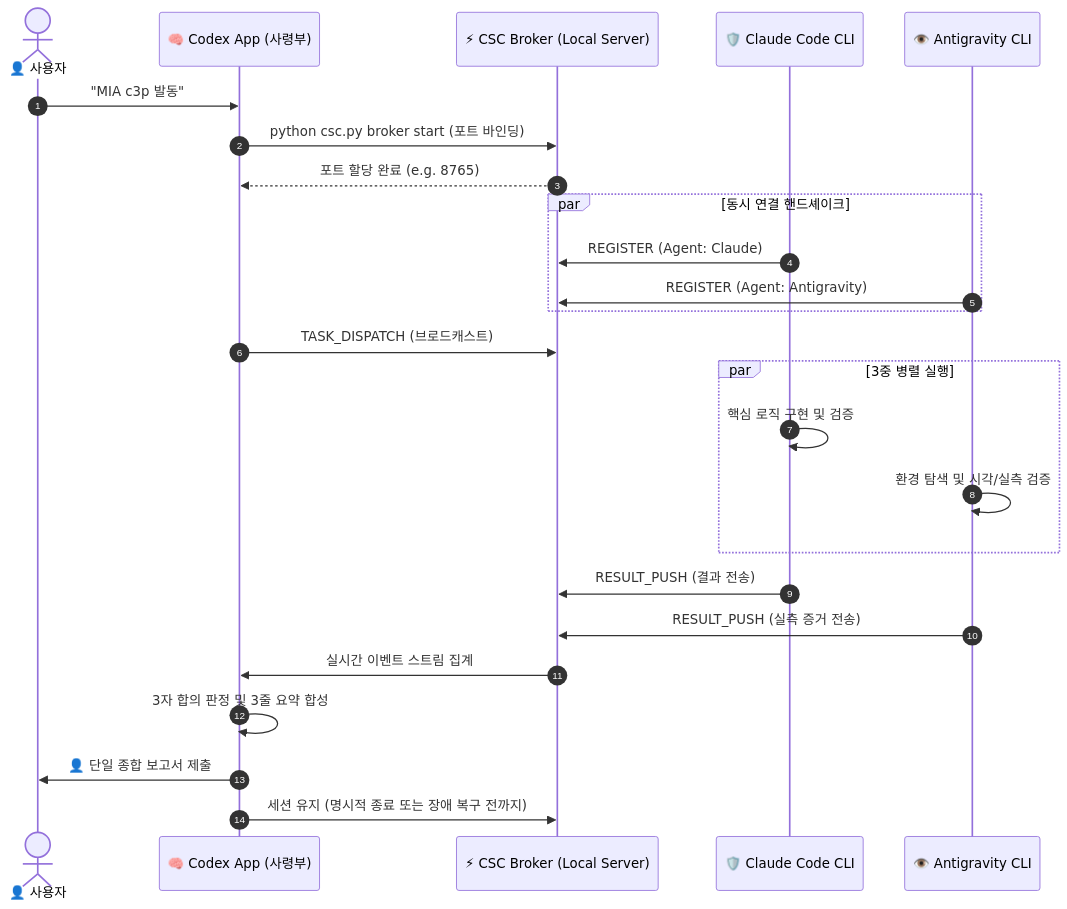
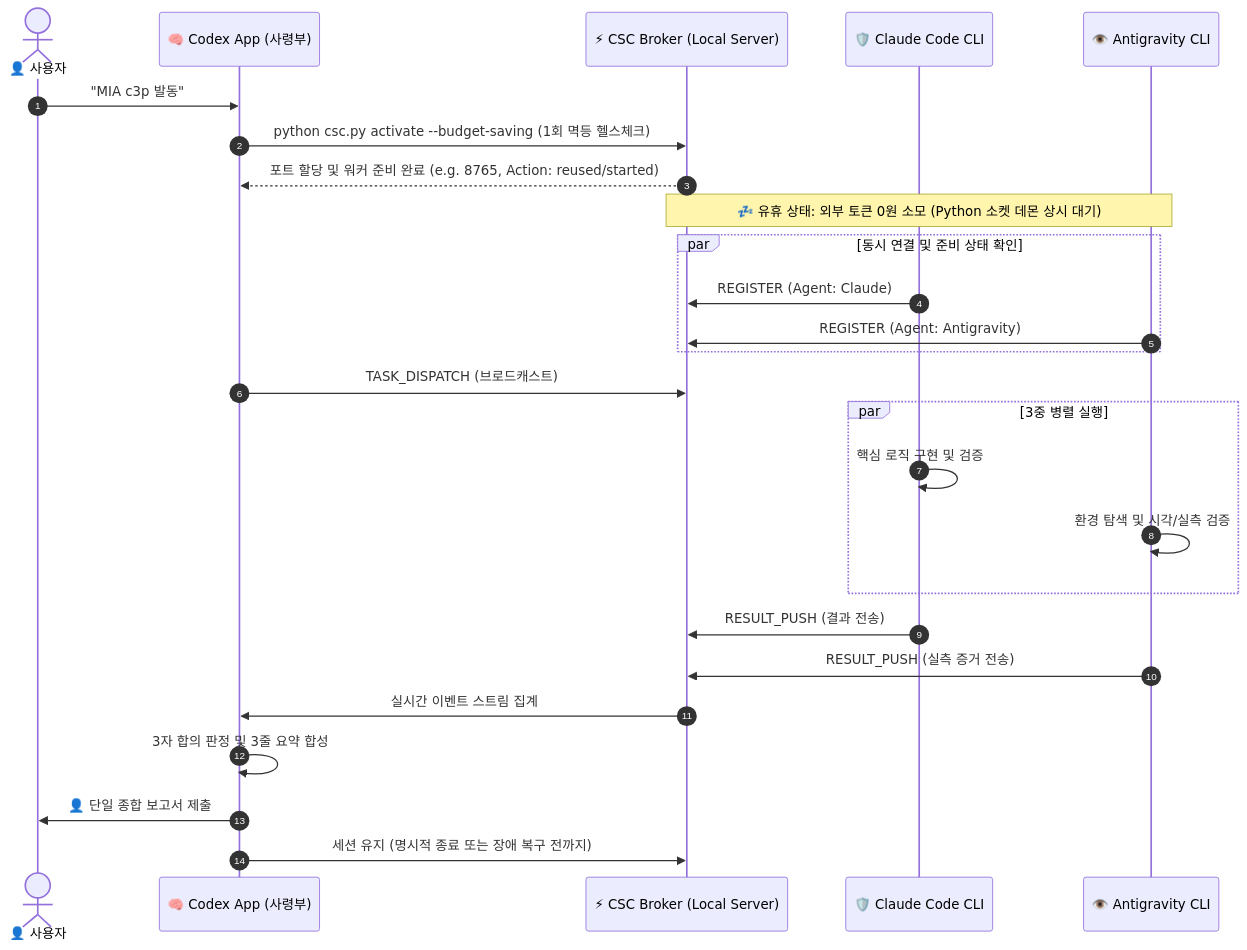
The diagram in .agents/skills/codex-3p-orchestrator/SKILL.md (gyeomsVibe/260823_codex-3p-orchestrator), drawn with Mermaid before and after one commit. The commit also changed other lines of this file and 9 other files, not shown here.

````diff
--- a/.agents/skills/codex-3p-orchestrator/SKILL.md
+++ b/.agents/skills/codex-3p-orchestrator/SKILL.md
@@ -47,32 +47,34 @@
 ```mermaid
 sequenceDiagram
     autonumber
     actor User as 👤 사용자
     participant Codex as 🧠 Codex App (사령부)
     participant Broker as ⚡ CSC Broker (Local Server)
     participant Claude as 🛡️ Claude Code CLI
     participant AGY as 👁️ Antigravity CLI
 
     User->>Codex: "MIA c3p 발동"
-    Codex->>Broker: python csc.py broker start (포트 바인딩)
-    Broker-->>Codex: 포트 할당 완료 (e.g. 8765)
+    Codex->>Broker: python csc.py activate --budget-saving (1회 멱등 헬스체크)
+    Broker-->>Codex: 포트 할당 및 워커 준비 완료 (e.g. 8765, Action: reused/started)
 
-    par 동시 연결 핸드셰이크
+    Note over Broker,AGY: 💤 유휴 상태: 외부 토큰 0원 소모 (Python 소켓 데몬 상시 대기)
+
+    par 동시 연결 및 준비 상태 확인
         Claude->>Broker: REGISTER (Agent: Claude)
         AGY->>Broker: REGISTER (Agent: Antigravity)
     end
 
     Codex->>Broker: TASK_DISPATCH (브로드캐스트)
     par 3중 병렬 실행
         Claude->>Claude: 핵심 로직 구현 및 검증
         AGY->>AGY: 환경 탐색 및 시각/실측 검증
     end
 
     Claude->>Broker: RESULT_PUSH (결과 전송)
     AGY->>Broker: RESULT_PUSH (실측 증거 전송)
     Broker->>Codex: 실시간 이벤트 스트림 집계
 
     Codex->>Codex: 3자 합의 판정 및 3줄 요약 합성
     Codex->>User: 👤 단일 종합 보고서 제출
     Codex->>Broker: 세션 유지 (명시적 종료 또는 장애 복구 전까지)
 ```
````
